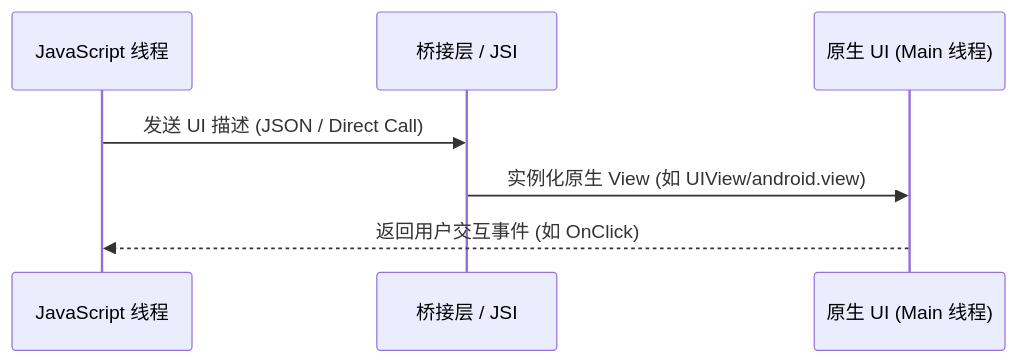
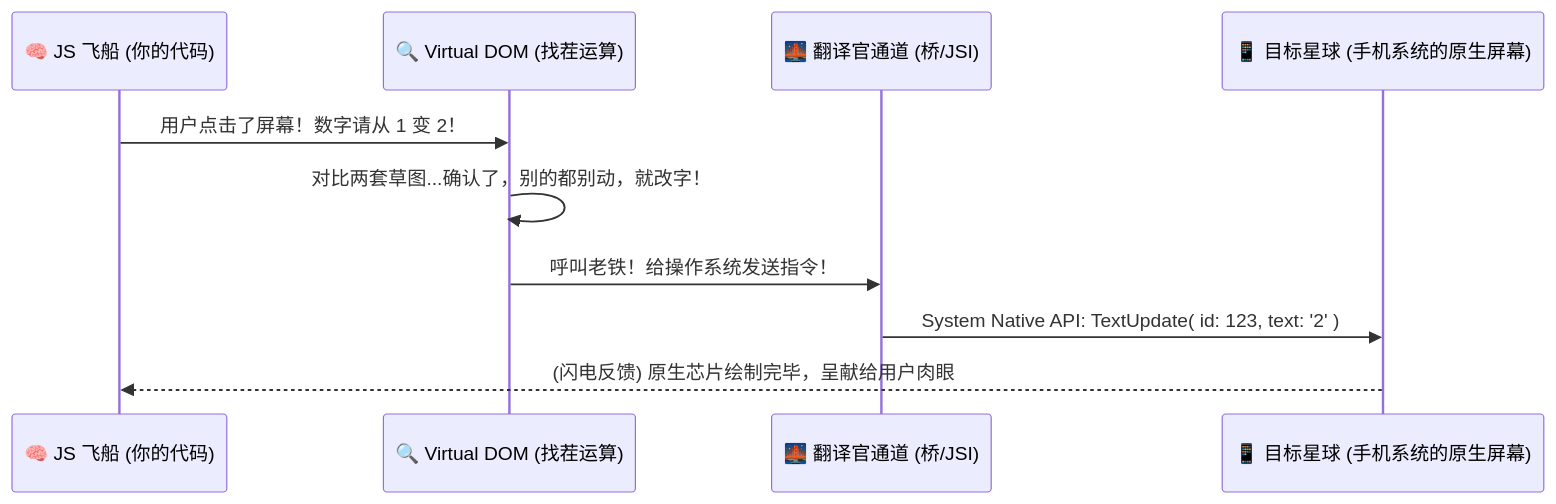
The third of 5 diagrams in docs/component_principles.md (litchicoder/rn_demo), drawn with Mermaid before and after one commit. The commit also changed other lines of this file, not shown here.

````diff
--- a/docs/component_principles.md
+++ b/docs/component_principles.md
@@ -98,10 +110,13 @@
 ```mermaid
 sequenceDiagram
-    participant JS as JavaScript 线程
-    participant Bridge as 桥接层 / JSI
-    participant Native as 原生 UI (Main 线程)
-
-    JS->>Bridge: 发送 UI 描述 (JSON / Direct Call)
-    Bridge->>Native: 实例化原生 View (如 UIView/android.view)
-    Native-->>JS: 返回用户交互事件 (如 OnClick)
+    participant JS as 🧠 JS 飞船 (你的代码)
+    participant React as 🔍 Virtual DOM (找茬运算)
+    participant Bridge as 🌉 翻译官通道 (桥/JSI)
+    participant Mobile as 📱 目标星球 (手机系统的原生屏幕)
+    
+    JS->>React: 用户点击了屏幕！数字请从 1 变 2！
+    React->>React: 对比两套草图...确认了，别的都别动，就改字！
+    React->>Bridge: 呼叫老铁！给操作系统发送指令！
+    Bridge->>Mobile: System Native API: TextUpdate( id: 123, text: '2' )
+    Mobile-->>JS: (闪电反馈) 原生芯片绘制完毕，呈献给用户肉眼
 ```
````
